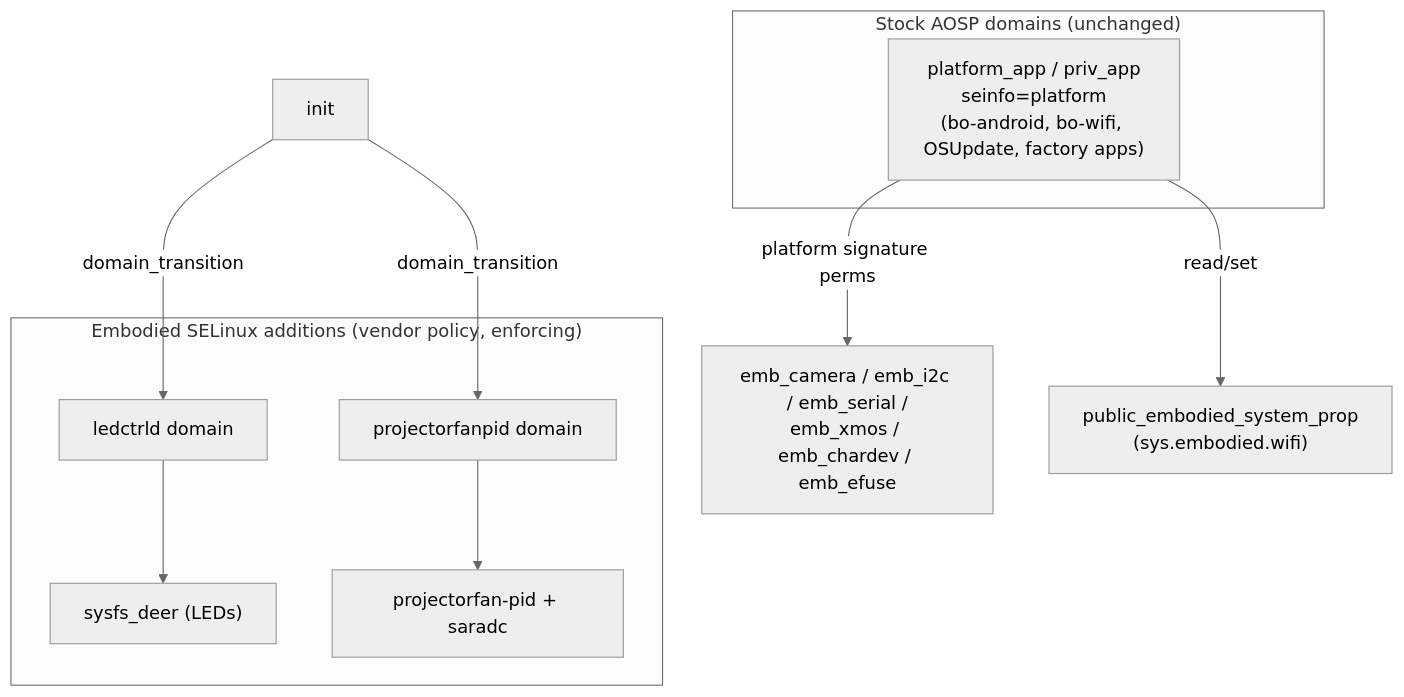
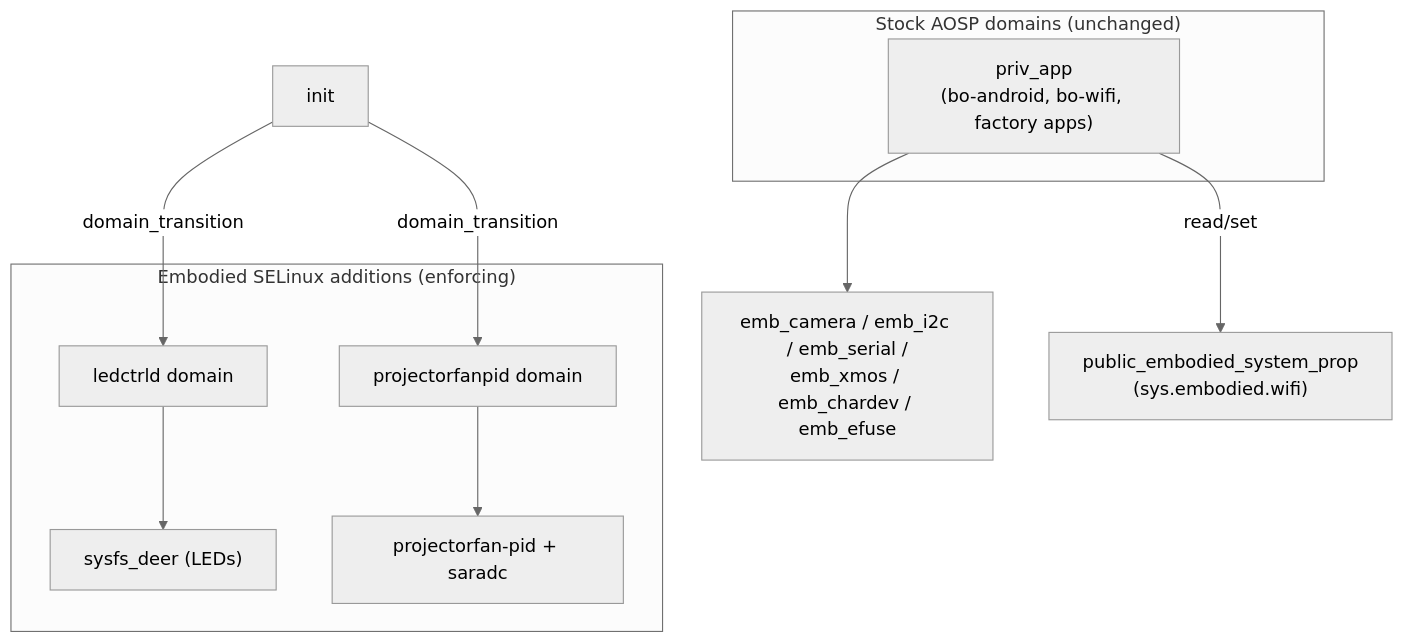
One commit to mvalancy/moxie-robot-saver changed the diagram in docs/reverse-engineering/firmware/security-policy.md. Above: the diagram before and after it, drawn with Mermaid (neutral theme). The commit also changed other lines of this file and 454 other files, not shown here.

````diff
--- a/docs/reverse-engineering/firmware/security-policy.md
+++ b/docs/reverse-engineering/firmware/security-policy.md
@@ -108,14 +101,14 @@
 ```mermaid
 flowchart TB
   subgraph plat["Stock AOSP domains (unchanged)"]
-    pa["platform_app / priv_app<br/>seinfo=platform<br/>(bo-android, bo-wifi, OSUpdate, factory apps)"]
+    pa["priv_app<br/>(bo-android, bo-wifi, factory apps)"]
   end
-  subgraph emb["Embodied SELinux additions (vendor policy, enforcing)"]
+  subgraph emb["Embodied SELinux additions (enforcing)"]
     led["ledctrld domain"] --> ledsys["sysfs_deer (LEDs)"]
     fan["projectorfanpid domain"] --> fansys["projectorfan-pid + saradc"]
   end
   init["init"] -->|domain_transition| led
   init -->|domain_transition| fan
-  pa -->|platform signature perms| dev["emb_camera / emb_i2c / emb_serial /<br/>emb_xmos / emb_chardev / emb_efuse"]
+  pa --> dev["emb_camera / emb_i2c / emb_serial /<br/>emb_xmos / emb_chardev / emb_efuse"]
   pa -->|read/set| prop["public_embodied_system_prop<br/>(sys.embodied.wifi)"]
 ```
````
